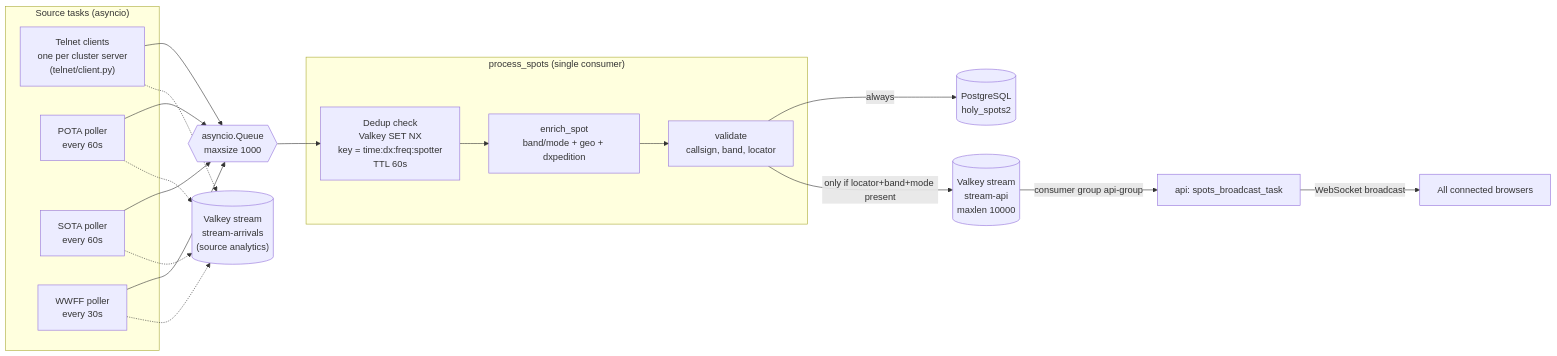
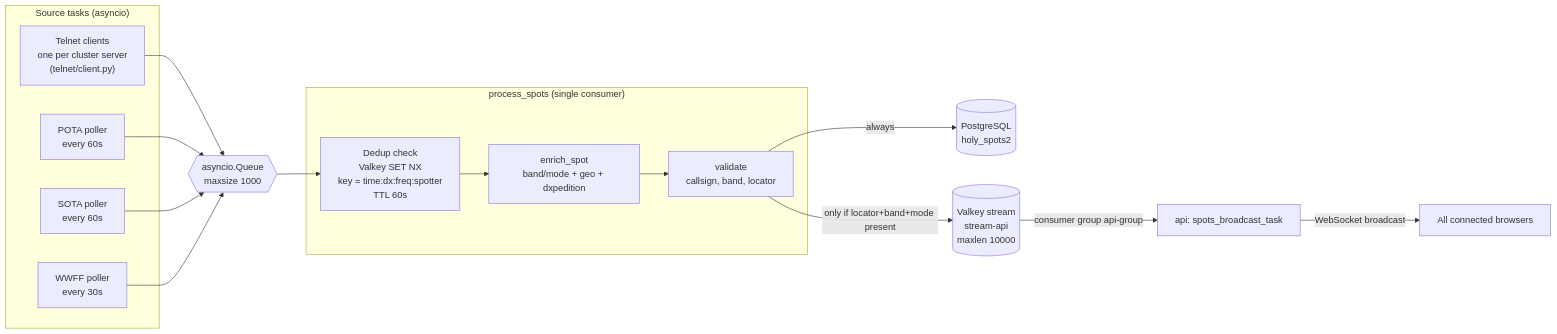
Before and after one commit to iarc-il/HolyCluster: the second of 15 diagrams in docs/ARCHITECTURE.md, drawn with Mermaid. The commit also changed other lines of this file and 14 other files, not shown here.

````diff
--- a/docs/ARCHITECTURE.md
+++ b/docs/ARCHITECTURE.md
@@ -178,37 +178,32 @@
 ```mermaid
 flowchart LR
     subgraph SOURCES["Source tasks (asyncio)"]
         T1["Telnet clients<br/>one per cluster server<br/>(telnet/client.py)"]
         P1["POTA poller<br/>every 60s"]
         S1["SOTA poller<br/>every 60s"]
         W1["WWFF poller<br/>every 30s"]
     end
 
     Q{{"asyncio.Queue<br/>maxsize 1000"}}
 
     subgraph CONSUMER["process_spots (single consumer)"]
         DEDUP["Dedup check<br/>Valkey SET NX<br/>key = time:dx:freq:spotter<br/>TTL 60s"]
         ENRICH["enrich_spot<br/>band/mode + geo + dxpedition"]
         VALIDATE["validate<br/>callsign, band, locator"]
     end
 
     PG[("PostgreSQL<br/>holy_spots2")]
     STREAM[("Valkey stream<br/>stream-api<br/>maxlen 10000")]
-    ARRIVALS[("Valkey stream<br/>stream-arrivals<br/>(source analytics)")]
 
     T1 --> Q
     P1 --> Q
     S1 --> Q
     W1 --> Q
-    P1 -.-> ARRIVALS
-    S1 -.-> ARRIVALS
-    W1 -.-> ARRIVALS
-    T1 -.-> ARRIVALS
 
     Q --> DEDUP --> ENRICH --> VALIDATE
     VALIDATE -->|"always"| PG
     VALIDATE -->|"only if locator+band+mode present"| STREAM
 
     STREAM -->|"consumer group api-group"| APIB["api: spots_broadcast_task"]
     APIB -->|"WebSocket broadcast"| CLIENTS["All connected browsers"]
 ```
````
